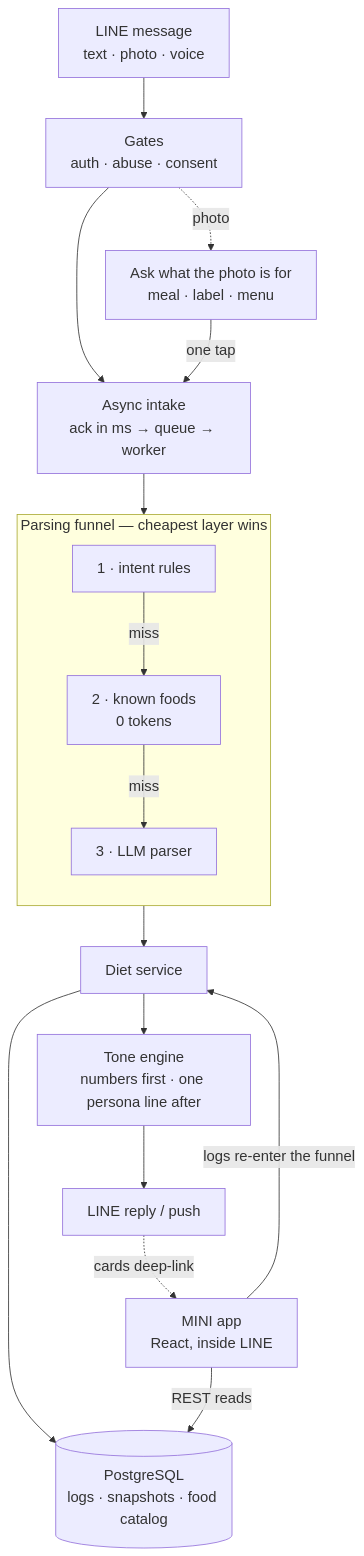
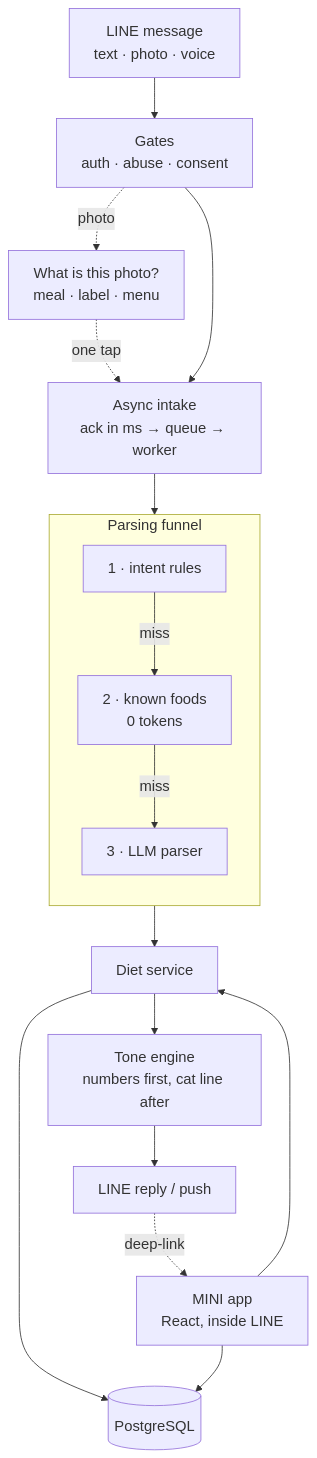
The diagram in README.md (jeffery12697/fitneko-case-study), drawn with Mermaid before and after one commit. The commit also changed other lines of this file and 4 other files, not shown here.

First line of the commit message:
Devlog: launch funnel measurement and food battles

````diff
--- a/README.md
+++ b/README.md
@@ -68,22 +71,21 @@
 ```mermaid
 %%{init: {"themeVariables": {"fontSize": "18px"}}}%%
 flowchart TD
     LINE[LINE message<br/>text · photo · voice] --> GATE[Gates<br/>auth · abuse · consent]
+    GATE -. photo .-> ASK["What is this photo?<br/>meal · label · menu"] -. one tap .-> IN
     GATE --> IN[Async intake<br/>ack in ms → queue → worker]
-    GATE -. photo .-> ASK["Ask what the photo is for<br/>meal · label · menu"]
-    ASK -- "one tap" --> IN
     IN --> RP
 
-    subgraph FUNNEL [Parsing funnel — cheapest layer wins]
+    subgraph FUNNEL [Parsing funnel]
         direction TB
         RP["1 · intent rules"] -- miss --> KF["2 · known foods<br/>0 tokens"] -- miss --> LLM["3 · LLM parser"]
     end
 
     FUNNEL --> SVC[Diet service]
-    SVC --> PG[(PostgreSQL<br/>logs · snapshots · food catalog)]
-    SVC --> TONE["Tone engine<br/>numbers first · one persona line after"]
+    SVC --> PG[(PostgreSQL)]
+    SVC --> TONE["Tone engine<br/>numbers first, cat line after"]
     TONE --> REPLY[LINE reply / push]
-    REPLY -. cards deep-link .-> LIFF[MINI app<br/>React, inside LINE]
-    LIFF -- REST reads --> PG
-    LIFF -- "logs re-enter the funnel" --> SVC
+    REPLY -. deep-link .-> LIFF[MINI app<br/>React, inside LINE]
+    LIFF --> PG
+    LIFF --> SVC
 ```
````
